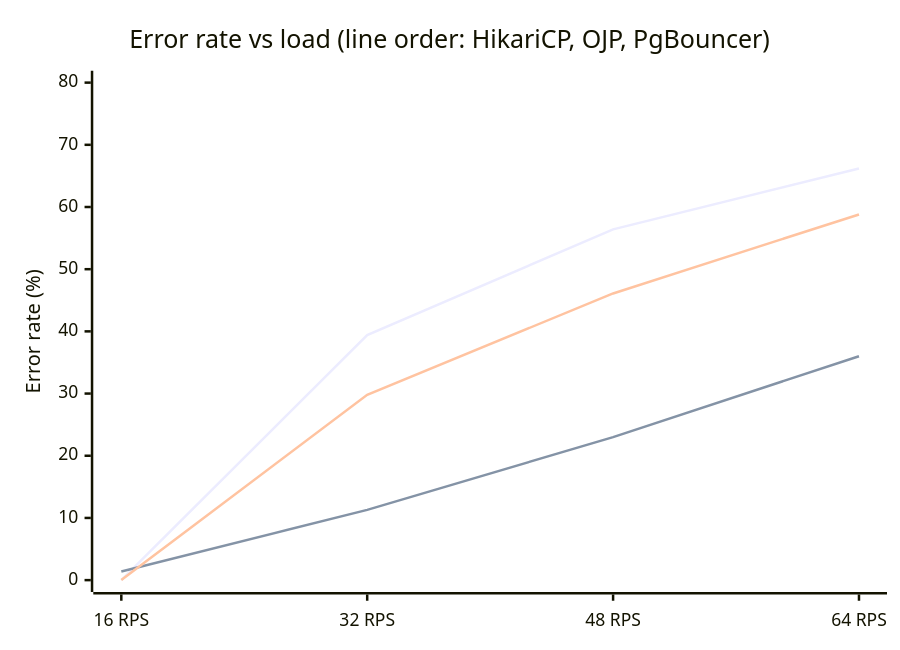
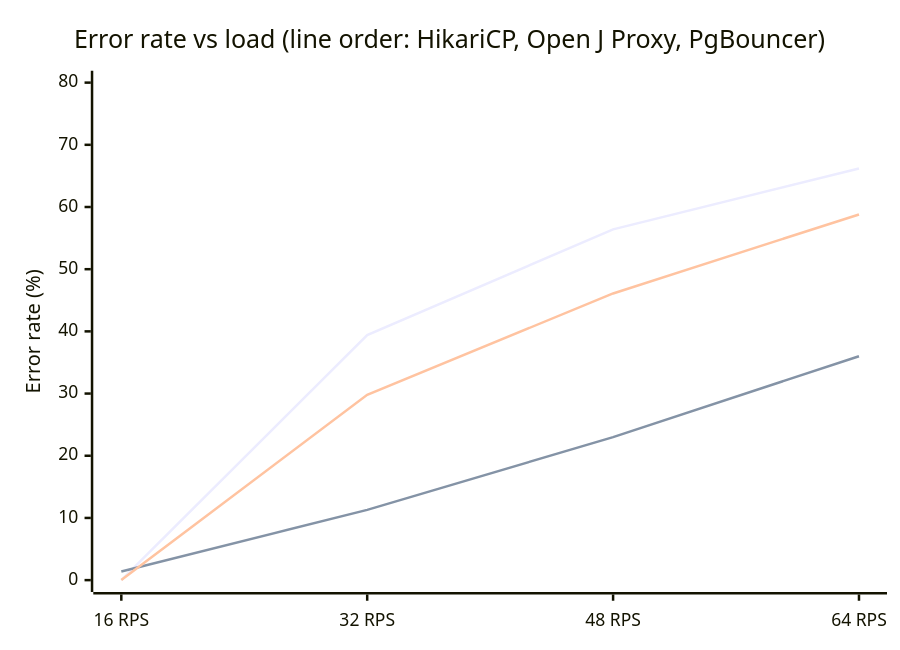
Before and after one commit to rrobetti/stressum: the third of 7 diagrams in article.md, drawn with Mermaid. The commit also changed other lines of this file, not shown here.

Commit message:
docs: replace OJP with Open J Proxy throughout article

````diff
--- a/article.md
+++ b/article.md
@@ -90,9 +90,9 @@
 ```mermaid
 xychart-beta
-    title "Error rate vs load (line order: HikariCP, OJP, PgBouncer)"
+    title "Error rate vs load (line order: HikariCP, Open J Proxy, PgBouncer)"
     x-axis ["16 RPS", "32 RPS", "48 RPS", "64 RPS"]
     y-axis "Error rate (%)" 0 --> 80
     line [0, 39.4, 56.4, 66.2]
     line [1.4, 11.3, 23.0, 36.0]
     line [0.01, 29.8, 46.1, 58.8]
 ```
````
